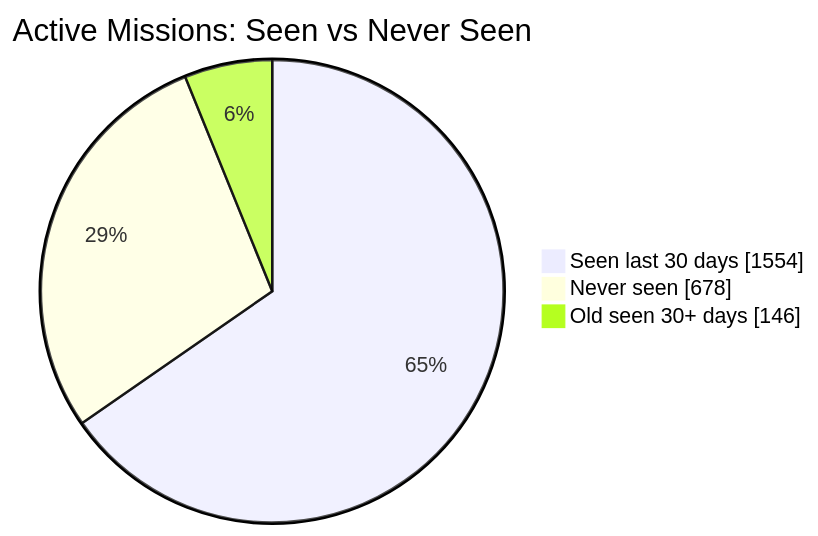
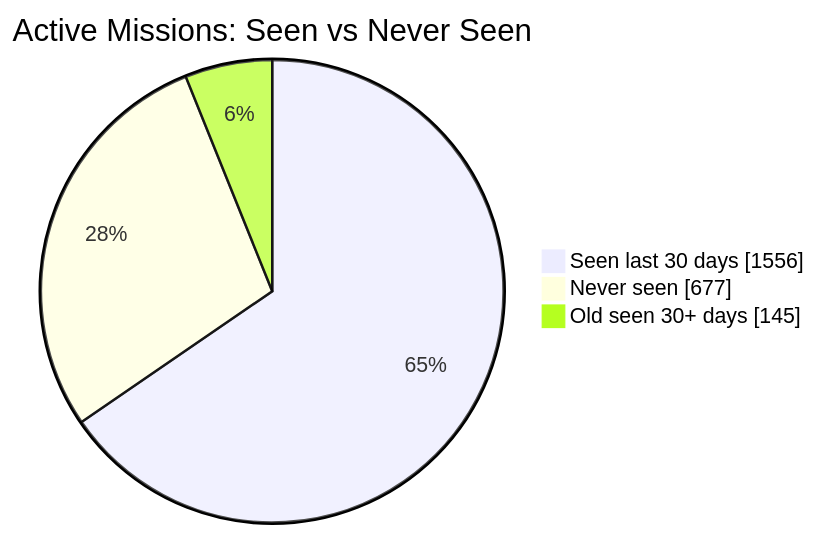
One commit to MeldkamerspelGameTeam/active-missions changed the first of 2 diagrams in README.md. Above: the diagram before and after it, drawn with Mermaid. The commit also changed other lines of this file and 3 other files, not shown here.

````diff
--- a/README.md
+++ b/README.md
@@ -34,7 +34,7 @@
 ```mermaid
 pie showData
     title Active Missions: Seen vs Never Seen
-    "Seen last 30 days" : 1554
-    "Never seen" : 678
-    "Old seen 30+ days" : 146
+    "Seen last 30 days" : 1556
+    "Never seen" : 677
+    "Old seen 30+ days" : 145
 ```
````
